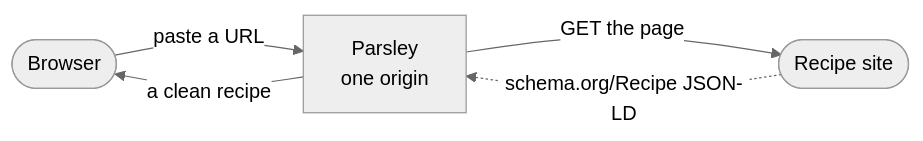
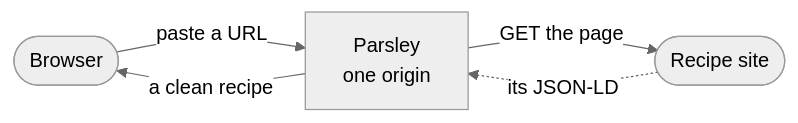
Before and after one commit to tomerav83/parsley: the diagram in README.md, drawn with Mermaid (neutral theme). The commit also changed other lines of this file, not shown here.

````diff
--- a/README.md
+++ b/README.md
@@ -23,7 +24,7 @@
 ```mermaid
 flowchart LR
     U([Browser]) -->|"paste a URL"| P["Parsley<br/>one origin"]
     P -->|"GET the page"| S([Recipe site])
-    S -.->|"schema.org/Recipe JSON-LD"| P
+    S -.->|"its JSON-LD"| P
     P -->|"a clean recipe"| U
 ```
````
